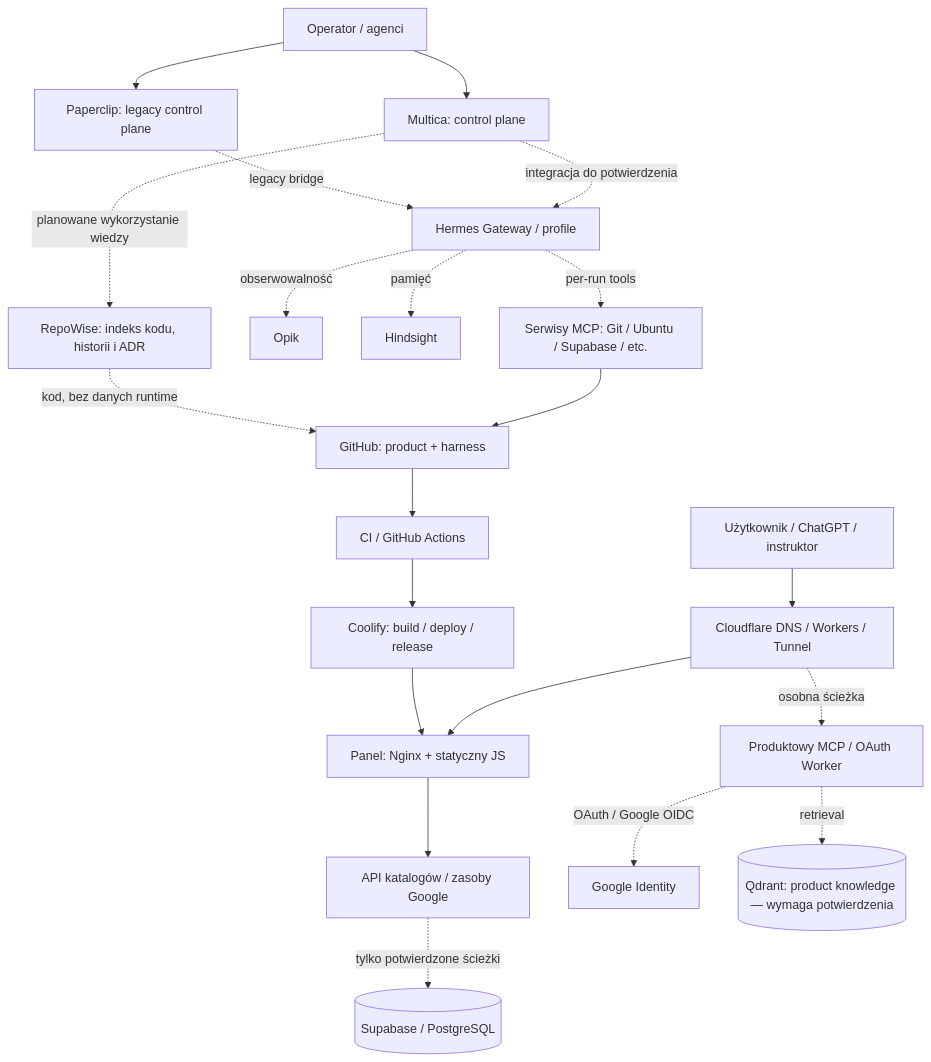
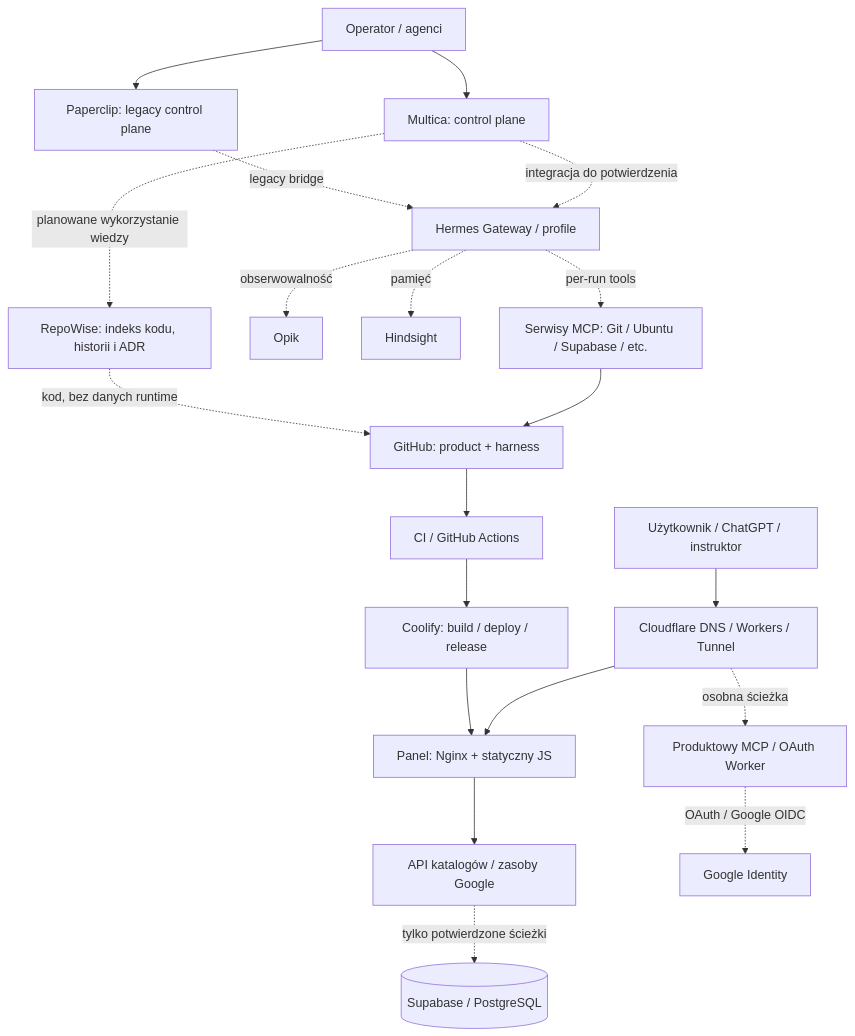
The diagram in docs/architecture/BACKEND-ARCHITECTURE-2026-11-09.md (jtrtdhrst/harness-zar-i-szlif), drawn with Mermaid before and after one commit. The commit also changed other lines of this file and 10 other files, not shown here.

Commit message:
docs: remove obsolete recovery artifacts and filter historical architecture pages

````diff
--- a/docs/architecture/BACKEND-ARCHITECTURE-2026-11-09.md
+++ b/docs/architecture/BACKEND-ARCHITECTURE-2026-11-09.md
@@ -61,24 +61,23 @@
 ```mermaid
 flowchart TB
     U[Użytkownik / ChatGPT / instruktor] --> CF[Cloudflare DNS / Workers / Tunnel]
     CF --> WEB[Panel: Nginx + statyczny JS]
     CF -. osobna ścieżka .-> PMCP[Produktowy MCP / OAuth Worker]
     WEB --> APIs[API katalogów / zasoby Google]
     PMCP -. OAuth / Google OIDC .-> IDP[Google Identity]
-    PMCP -. retrieval .-> QD[(Qdrant: product knowledge — wymaga potwierdzenia)]
     APIs -. tylko potwierdzone ścieżki .-> SB[(Supabase / PostgreSQL)]
 
     ADM[Operator / agenci] --> MC[Multica: control plane]
     ADM --> PC[Paperclip: legacy control plane]
     MC -. integracja do potwierdzenia .-> HG[Hermes Gateway / profile]
     PC -. legacy bridge .-> HG
     HG -. per-run tools .-> MCP[Serwisy MCP: Git / Ubuntu / Supabase / etc.]
     HG -. obserwowalność .-> OP[Opik]
     HG -. pamięć .-> HS[Hindsight]
     MCP --> GH[GitHub: product + harness]
     GH --> CI[CI / GitHub Actions]
     CI --> CO[Coolify: build / deploy / release]
     CO --> WEB
     RE[RepoWise: indeks kodu, historii i ADR] -. kod, bez danych runtime .-> GH
     MC -. planowane wykorzystanie wiedzy .-> RE
 ```
````
